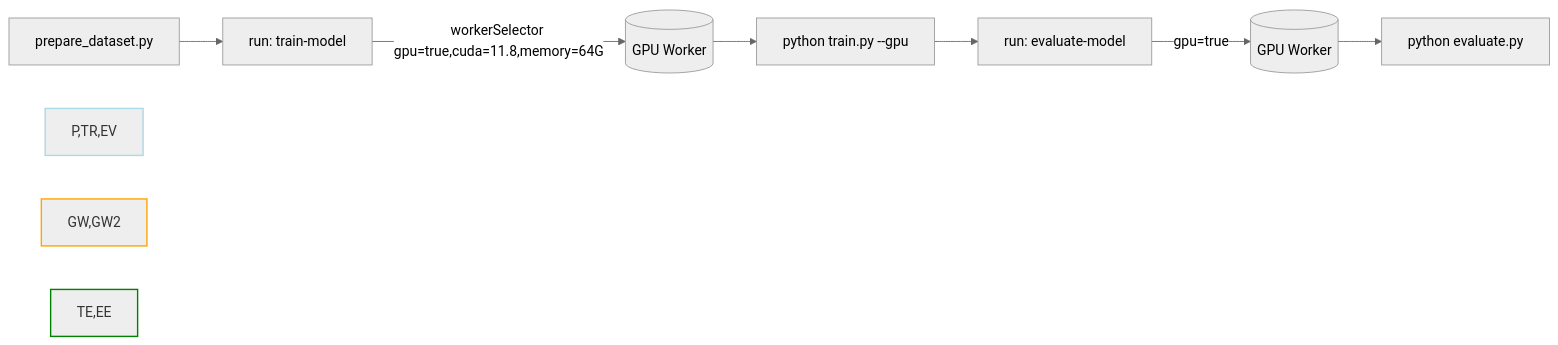
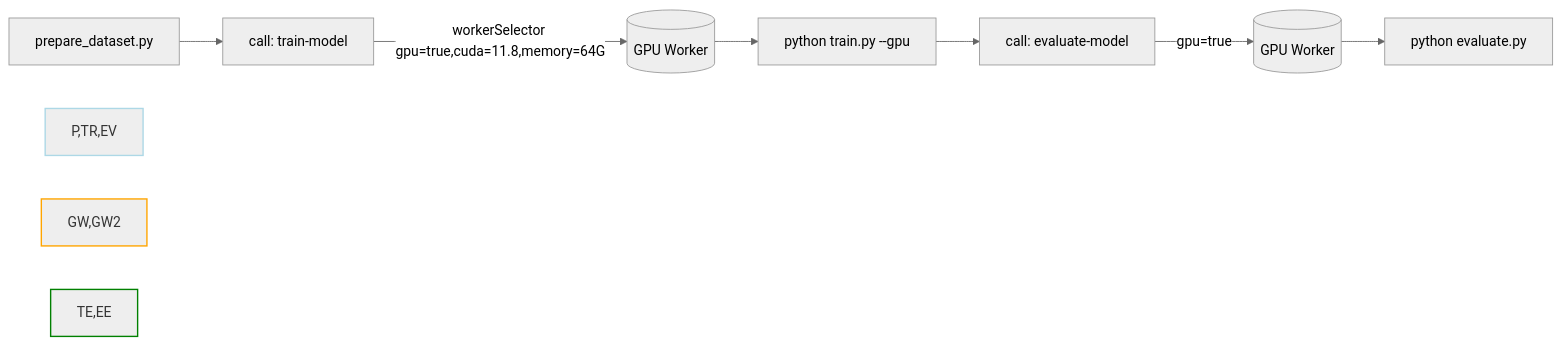
Diagram 14 of 20 in writing-workflows/examples.md (dagucloud/docs), drawn with Mermaid (neutral theme) before and after one commit. The commit also changed other lines of this file and 2 other files, not shown here.

Commit message:
Deprecate fields removal

````diff
--- a/writing-workflows/examples.md
+++ b/writing-workflows/examples.md
@@ -543,12 +543,12 @@
 ```mermaid
 flowchart LR
-  P[prepare_dataset.py] --> TR[run: train-model]
+  P[prepare_dataset.py] --> TR[call: train-model]
   TR --> |workerSelector gpu=true,cuda=11.8,memory=64G| GW[(GPU Worker)]
   GW --> TE[python train.py --gpu]
-  TE --> EV[run: evaluate-model]
+  TE --> EV[call: evaluate-model]
   EV --> |gpu=true| GW2[(GPU Worker)]
   GW2 --> EE[python evaluate.py]
   style P,TR,EV stroke:lightblue,stroke-width:1.6px,color:#333
   style GW,GW2 stroke:orange,stroke-width:1.6px,color:#333
   style TE,EE stroke:green,stroke-width:1.6px,color:#333
 ```
````
